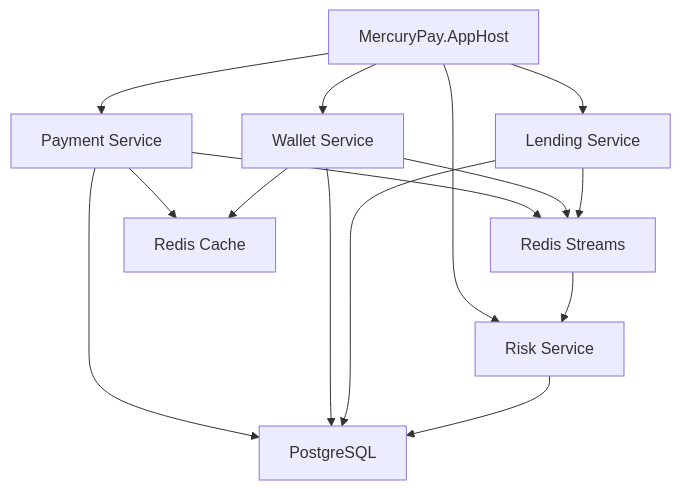
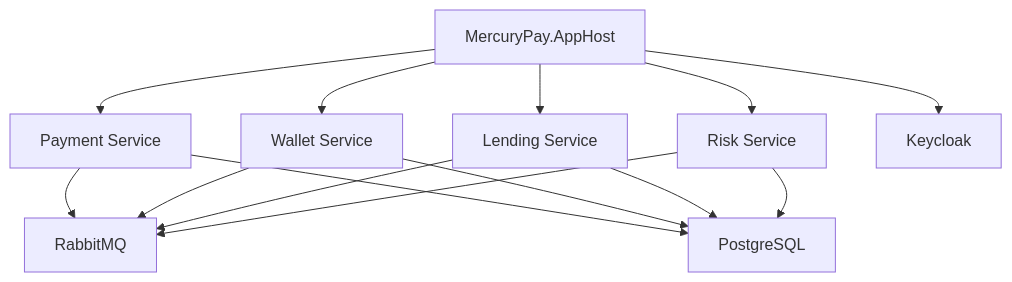
The first of 4 diagrams in README.md (amirasaad/MercuryPay), drawn with Mermaid before and after one commit. The commit also changed other lines of this file and 3 other files, not shown here.

Commit message:
:memo: docs(readme): align docs with RabbitMQ and Keycloak

````diff
--- a/README.md
+++ b/README.md
@@ -55,28 +55,27 @@
 ```mermaid
 flowchart TB
 AppHost[MercuryPay.AppHost]
 Payment[Payment Service]
 Wallet[Wallet Service]
 Lending[Lending Service]
 Risk[Risk Service]
-EventBus[Redis Streams]
-Cache[Redis Cache]
+EventBus[RabbitMQ]
+IdP[Keycloak]
 Db[PostgreSQL]
 
 AppHost --> Payment
 AppHost --> Wallet
 AppHost --> Lending
 AppHost --> Risk
 
 Payment --> EventBus
 Wallet --> EventBus
 Lending --> EventBus
-EventBus --> Risk
+Risk --> EventBus
 
-Payment --> Cache
-Wallet --> Cache
+AppHost --> IdP
 Payment --> Db
 Wallet --> Db
 Lending --> Db
 Risk --> Db
 ```
````
